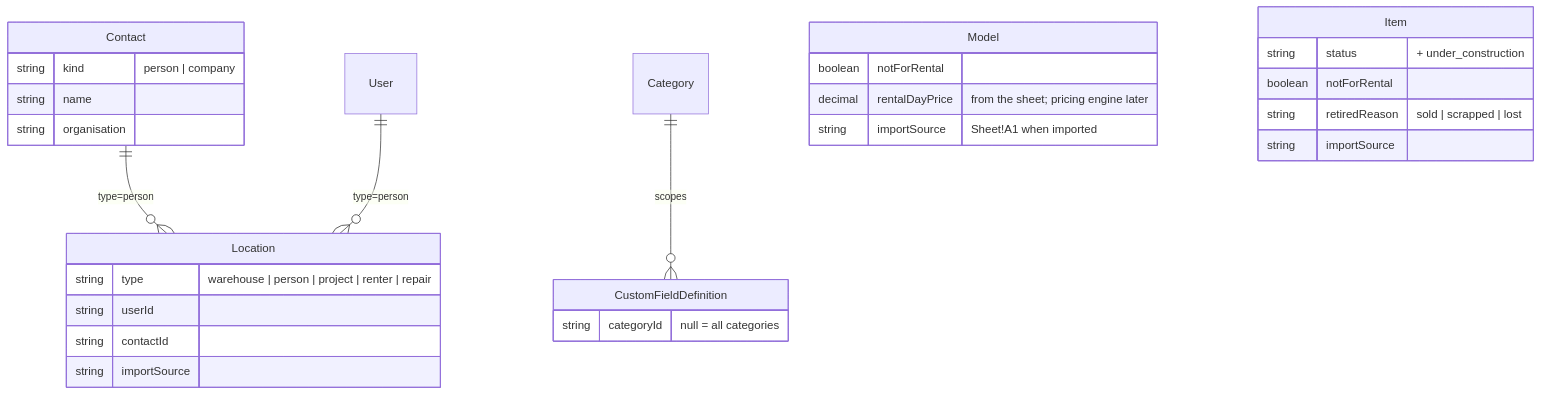
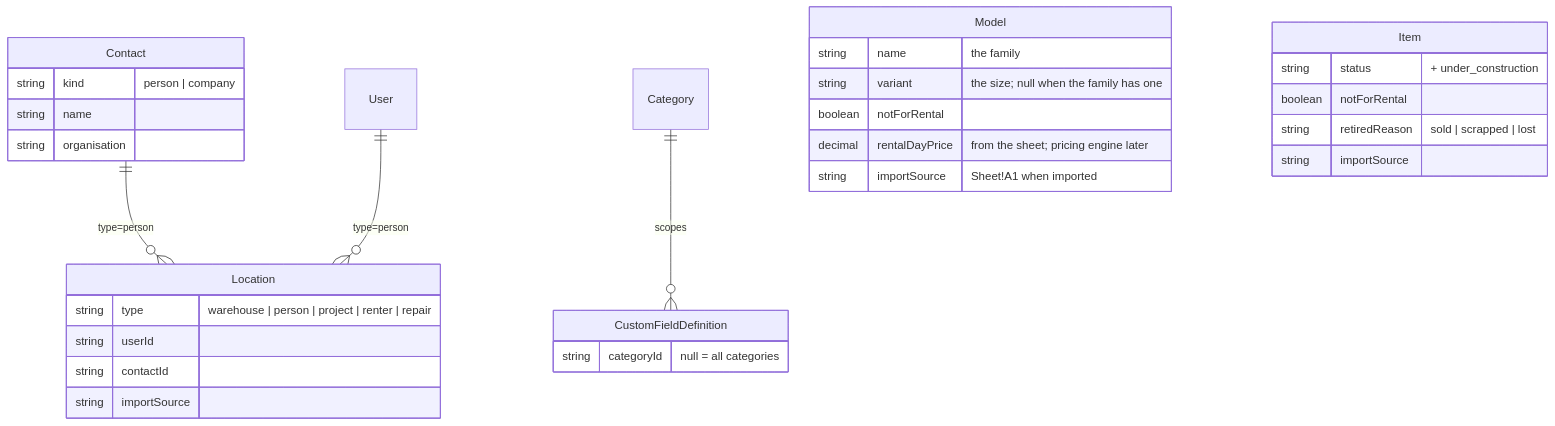
One commit to vertigojeppe/vertigo-gear-management changed the third of 6 diagrams in docs/ARCHITECTURE.md. Above: the diagram before and after it, drawn with Mermaid. The commit also changed 40 other files, not shown here.

````diff
--- a/docs/ARCHITECTURE.md
+++ b/docs/ARCHITECTURE.md
@@ -128,32 +128,34 @@
 ```mermaid
 erDiagram
   Contact ||--o{ Location : "type=person"
   User ||--o{ Location : "type=person"
   Category ||--o{ CustomFieldDefinition : "scopes"
 
   Contact {
     string kind "person | company"
     string name
     string organisation
   }
   Model {
+    string name "the family"
+    string variant "the size; null when the family has one"
     boolean notForRental
     decimal rentalDayPrice "from the sheet; pricing engine later"
     string importSource "Sheet!A1 when imported"
   }
   Item {
     string status "+ under_construction"
     boolean notForRental
     string retiredReason "sold | scrapped | lost"
     string importSource
   }
   Location {
     string type "warehouse | person | project | renter | repair"
     string userId
     string contactId
     string importSource
   }
   CustomFieldDefinition {
     string categoryId "null = all categories"
   }
 ```
````
